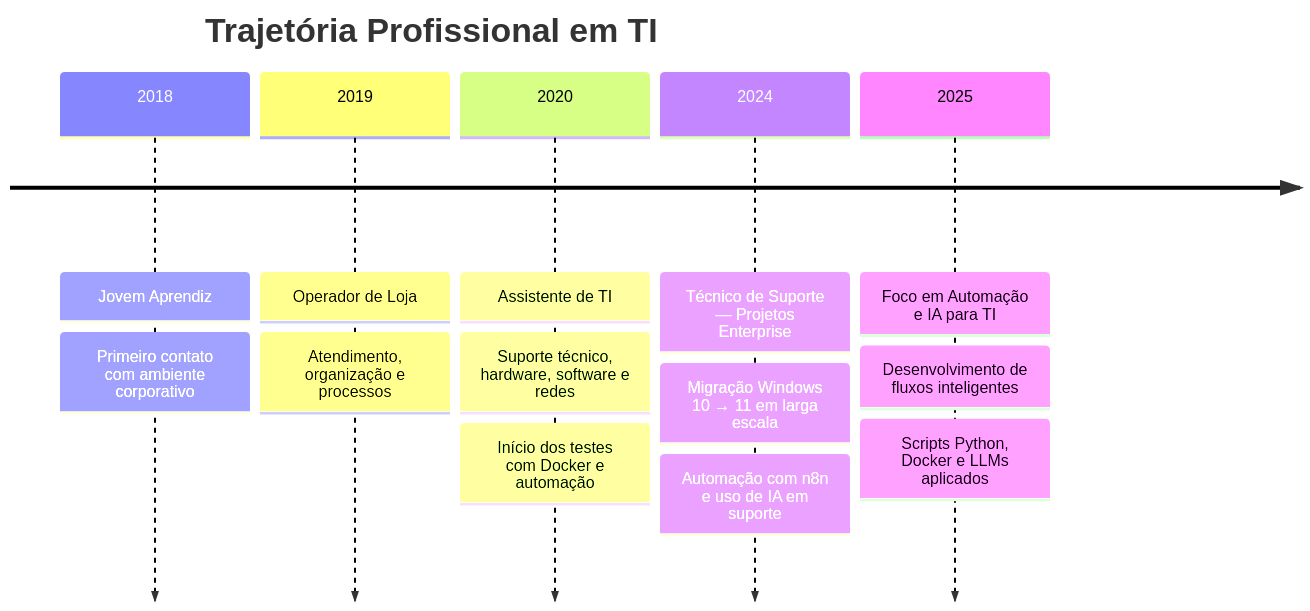
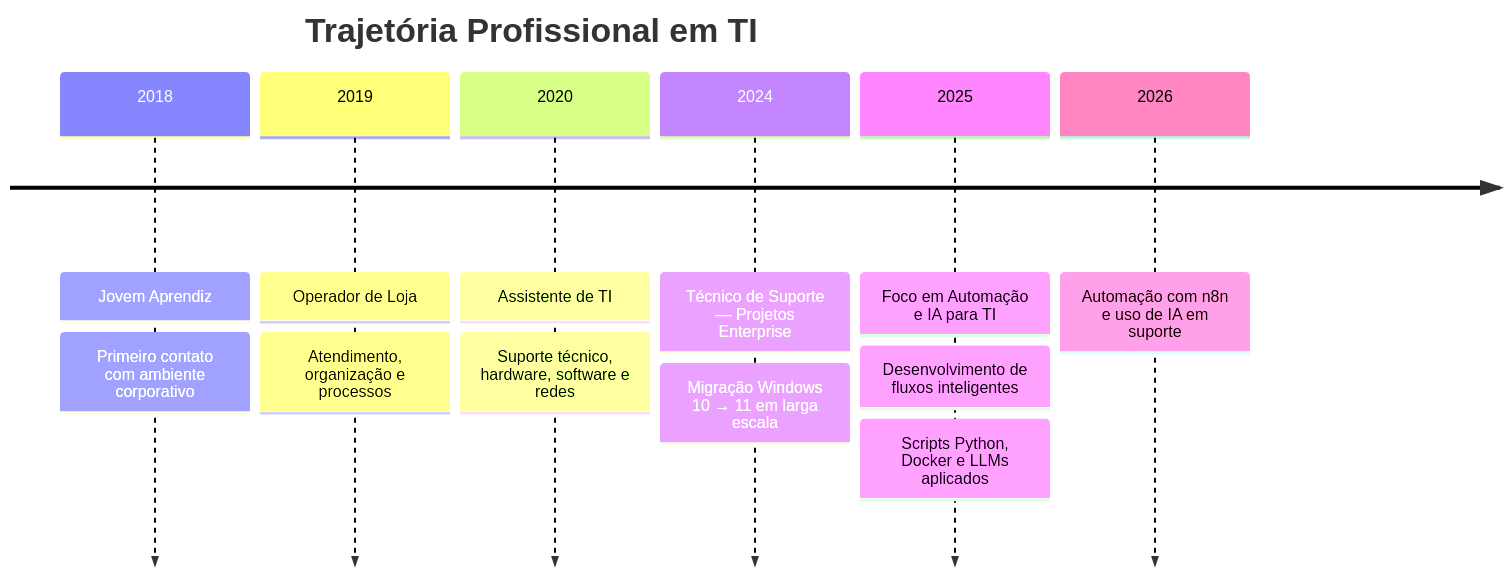
One commit to JONATHAS-L1M4/JONATHAS-L1M4 changed the diagram in README.md. Above: the diagram before and after it, drawn with Mermaid. The commit also changed other lines of this file, not shown here.

````diff
--- a/README.md
+++ b/README.md
@@ -113,17 +108,16 @@
 ```mermaid
 timeline
     title Trajetória Profissional em TI
     2018 : Jovem Aprendiz
          : Primeiro contato com ambiente corporativo
     2019 : Operador de Loja
          : Atendimento, organização e processos
     2020 : Assistente de TI
          : Suporte técnico, hardware, software e redes
-         : Início dos testes com Docker e automação
     2024 : Técnico de Suporte — Projetos Enterprise
          : Migração Windows 10 → 11 em larga escala
-         : Automação com n8n e uso de IA em suporte
     2025 : Foco em Automação e IA para TI
          : Desenvolvimento de fluxos inteligentes
          : Scripts Python, Docker e LLMs aplicados
+    2026 : Automação com n8n e uso de IA em suporte
 ```
````
